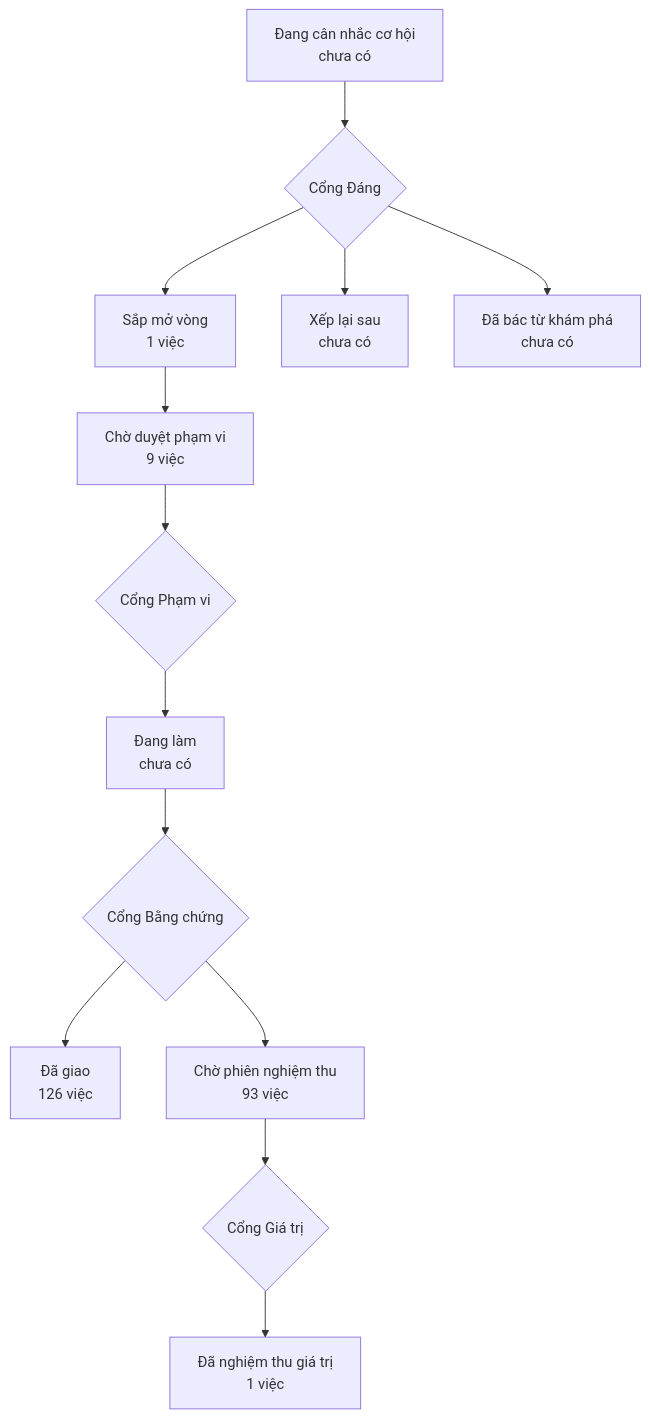
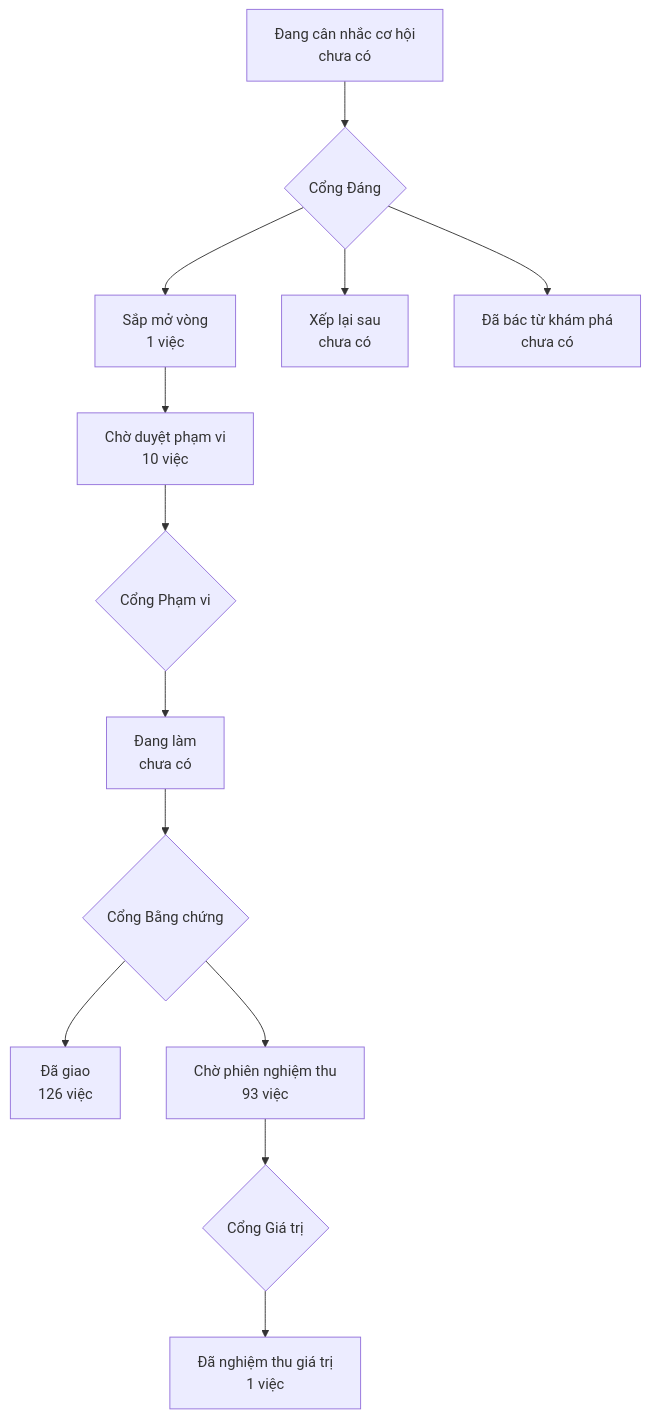
Before and after one commit to phanlemanh/onehub-invest: the diagram in PRODUCT-MAP.md, drawn with Mermaid. The commit also changed other lines of this file and 2 other files, not shown here.

Commit message:
docs(acceptance): hồ sơ T1 test-app-tren-db-chung

````diff
--- a/PRODUCT-MAP.md
+++ b/PRODUCT-MAP.md
@@ -7,12 +7,12 @@
 ```mermaid
 flowchart TD
   A["Đang cân nhắc cơ hội<br/>chưa có"] --> GD{"Cổng Đáng"}
   GD --> B["Sắp mở vòng<br/>1 việc"]
   GD --> XL["Xếp lại sau<br/>chưa có"]
   GD --> DB["Đã bác từ khám phá<br/>chưa có"]
-  B --> CD["Chờ duyệt phạm vi<br/>9 việc"] --> GP{"Cổng Phạm vi"}
+  B --> CD["Chờ duyệt phạm vi<br/>10 việc"] --> GP{"Cổng Phạm vi"}
   GP --> DL["Đang làm<br/>chưa có"] --> GB{"Cổng Bằng chứng"}
   GB --> DG["Đã giao<br/>126 việc"]
   GB --> CN["Chờ phiên nghiệm thu<br/>93 việc"] --> GG{"Cổng Giá trị"}
   GG --> NT["Đã nghiệm thu giá trị<br/>1 việc"]
 ```
````
